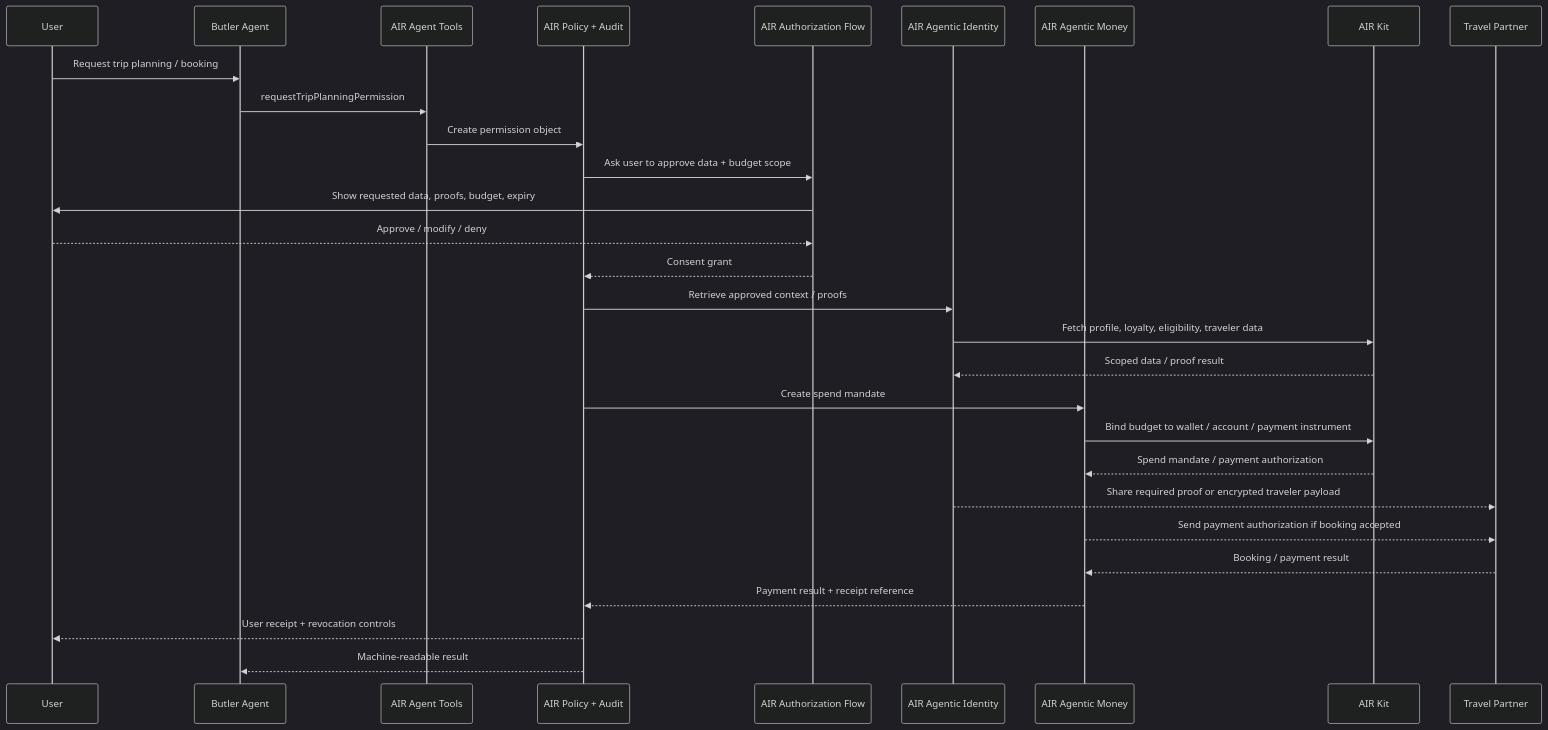
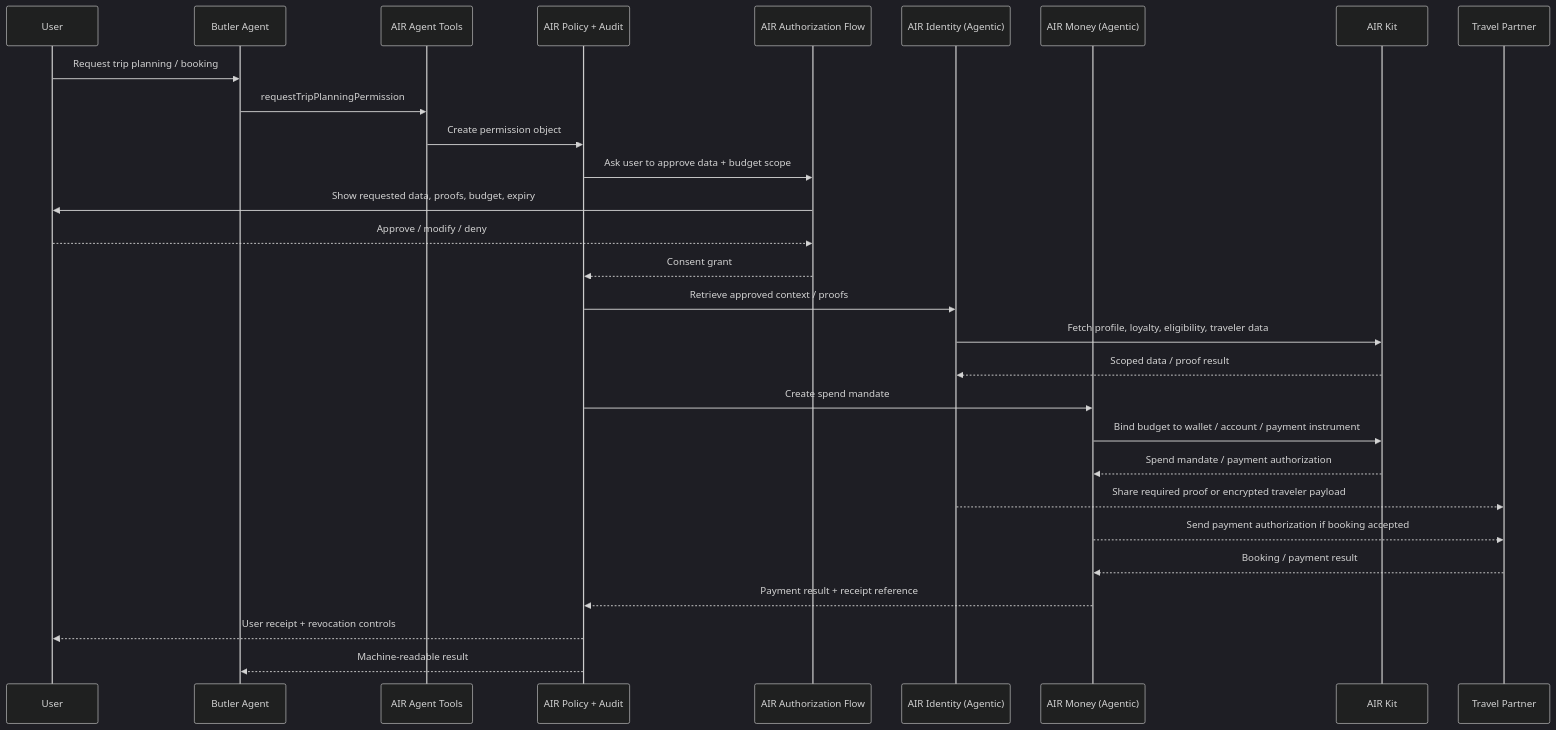
The first of 4 diagrams in airai/concepts/canonical-flows.mdx (MocaNetwork/docs), drawn with Mermaid (dark theme) before and after one commit. The commit also changed other lines of this file and 24 other files, not shown here.

````diff
--- a/airai/concepts/canonical-flows.mdx
+++ b/airai/concepts/canonical-flows.mdx
@@ -18,32 +22,32 @@
 ```mermaid
 sequenceDiagram
   participant User
   participant Agent as Butler Agent
   participant Tools as AIR Agent Tools
   participant Policy as AIR Policy + Audit
   participant Auth as AIR Authorization Flow
-  participant Identity as AIR Agentic Identity
-  participant Money as AIR Agentic Money
+  participant Identity as AIR Identity (Agentic)
+  participant Money as AIR Money (Agentic)
   participant Kit as AIR Kit
   participant Partner as Travel Partner
 
   User->>Agent: Request trip planning / booking
   Agent->>Tools: requestTripPlanningPermission
   Tools->>Policy: Create permission object
   Policy->>Auth: Ask user to approve data + budget scope
   Auth->>User: Show requested data, proofs, budget, expiry
   User-->>Auth: Approve / modify / deny
   Auth-->>Policy: Consent grant
   Policy->>Identity: Retrieve approved context / proofs
   Identity->>Kit: Fetch profile, loyalty, eligibility, traveler data
   Kit-->>Identity: Scoped data / proof result
   Policy->>Money: Create spend mandate
   Money->>Kit: Bind budget to wallet / account / payment instrument
   Kit-->>Money: Spend mandate / payment authorization
   Identity-->>Partner: Share required proof or encrypted traveler payload
   Money-->>Partner: Send payment authorization if booking accepted
   Partner-->>Money: Booking / payment result
   Money-->>Policy: Payment result + receipt reference
   Policy-->>User: User receipt + revocation controls
   Policy-->>Agent: Machine-readable result
 ```
````
